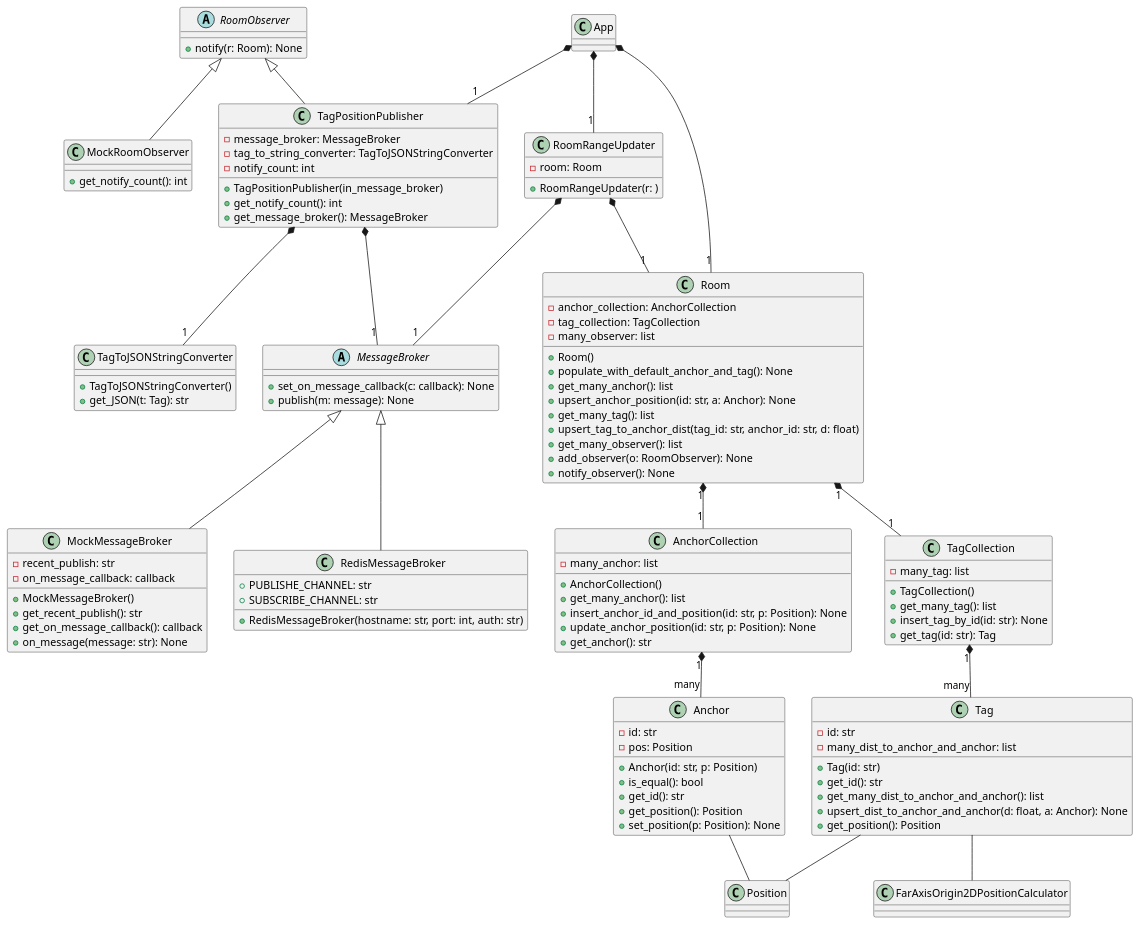
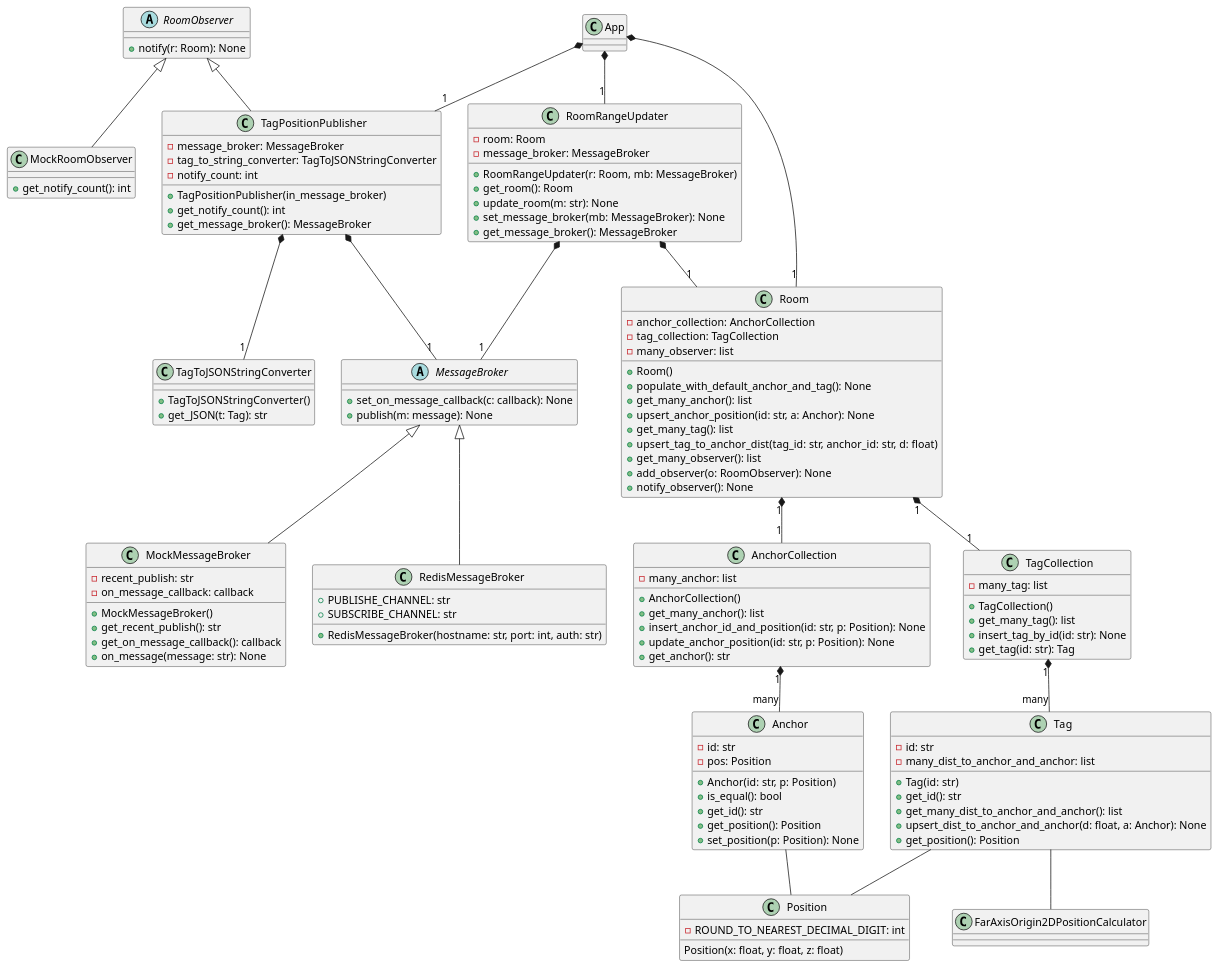
Before and after one commit to Chatchai222/sensor_positioner: the diagram in src/trilateration.plantuml, drawn with PlantUML. The commit also changed 1 other file, not shown here.

Commit message:
Removed is_null() from Position()

```diff
--- a/src/trilateration.plantuml
+++ b/src/trilateration.plantuml
@@ -1,146 +1,155 @@
 @startuml
 
 class Anchor {
     - id: str 
     - pos: Position
     
     + Anchor(id: str, p: Position)
     + is_equal(): bool 
     + get_id(): str 
     + get_position(): Position 
     + set_position(p: Position): None
 }
 class Tag {
     - id: str
     - many_dist_to_anchor_and_anchor: list
     
     + Tag(id: str)
     + get_id(): str
     + get_many_dist_to_anchor_and_anchor(): list
     + upsert_dist_to_anchor_and_anchor(d: float, a: Anchor): None
     + get_position(): Position
 }
 
 class AnchorCollection {
     - many_anchor: list
 
     + AnchorCollection()
     + get_many_anchor(): list
     + insert_anchor_id_and_position(id: str, p: Position): None
     + update_anchor_position(id: str, p: Position): None
     + get_anchor(): str
 }
 class TagCollection {
     - many_tag: list
 
     + TagCollection()
     + get_many_tag(): list
     + insert_tag_by_id(id: str): None
     + get_tag(id: str): Tag
 }
 
 class Room {
     - anchor_collection: AnchorCollection
     - tag_collection: TagCollection
     - many_observer: list
 
     + Room()
     + populate_with_default_anchor_and_tag(): None
     + get_many_anchor(): list
     + upsert_anchor_position(id: str, a: Anchor): None
     + get_many_tag(): list
     + upsert_tag_to_anchor_dist(tag_id: str, anchor_id: str, d: float)
     + get_many_observer(): list
     + add_observer(o: RoomObserver): None
     + notify_observer(): None
 }
 class TagToJSONStringConverter {
     + TagToJSONStringConverter()
     + get_JSON(t: Tag): str
 }
 
 abstract class MessageBroker{
     + set_on_message_callback(c: callback): None
     + publish(m: message): None
 }
 class MockMessageBroker {
     - recent_publish: str
     - on_message_callback: callback
 
     + MockMessageBroker()
     + get_recent_publish(): str
     + get_on_message_callback(): callback
     + on_message(message: str): None
 }
 class RedisMessageBroker {
     + PUBLISHE_CHANNEL: str
     + SUBSCRIBE_CHANNEL: str
     
     + RedisMessageBroker(hostname: str, port: int, auth: str)
 }
 
 abstract class RoomObserver {
     + notify(r: Room): None
 }
 class TagPositionPublisher {
     - message_broker: MessageBroker
     - tag_to_string_converter: TagToJSONStringConverter
     - notify_count: int
 
     + TagPositionPublisher(in_message_broker)
     + get_notify_count(): int
     + get_message_broker(): MessageBroker
 }
 class MockRoomObserver {
     + get_notify_count(): int
 }
 
 class RoomRangeUpdater {
     - room: Room
+    - message_broker: MessageBroker
     
-    + RoomRangeUpdater(r: )
+    + RoomRangeUpdater(r: Room, mb: MessageBroker)
+    + get_room(): Room
+    + update_room(m: str): None
+    + set_message_broker(mb: MessageBroker): None
+    + get_message_broker(): MessageBroker
 }
 
 
-class Position 
+class Position {
+    - ROUND_TO_NEAREST_DECIMAL_DIGIT: int
+
+    Position(x: float, y: float, z: float)
+}
 class FarAxisOrigin2DPositionCalculator
 
 
 class App
 
 
 Tag -- FarAxisOrigin2DPositionCalculator
 Tag -- Position
 
 Anchor -- Position
 
 AnchorCollection "1" *-- "many" Anchor
 TagCollection "1" *-- "many" Tag
 
 Room "1" *-- "1" AnchorCollection
 Room "1" *-- "1" TagCollection
 
 MessageBroker <|-- MockMessageBroker
 MessageBroker <|-- RedisMessageBroker
 
 RoomObserver <|-- TagPositionPublisher
 RoomObserver <|-- MockRoomObserver
 
 TagPositionPublisher *-- "1" MessageBroker
 TagPositionPublisher *-- "1" TagToJSONStringConverter
 
 RoomRangeUpdater *-- "1" MessageBroker
 RoomRangeUpdater *-- "1" Room
 
 App *-- "1" RoomRangeUpdater
 App *-- "1" Room
 App *-- "1" TagPositionPublisher
 
 
 
 
 
 
 
 
 @enduml
```
